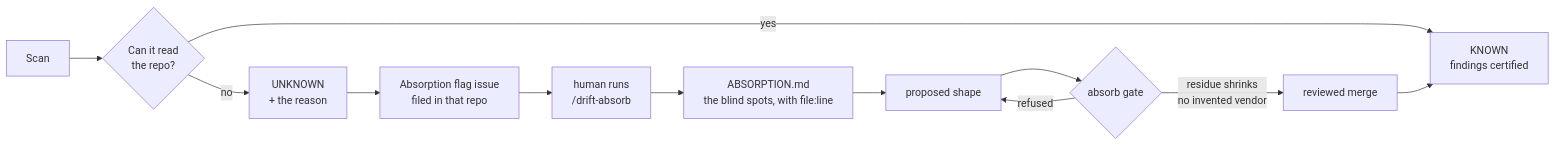
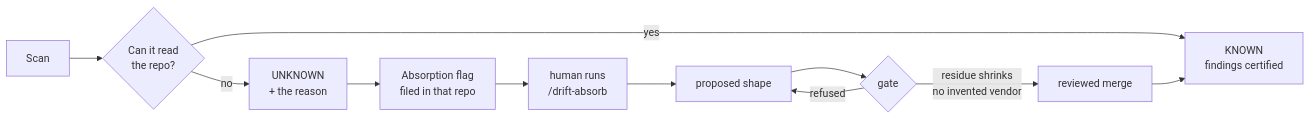
The second of 2 diagrams in docs/FAQ.md (TOPSinfo/drift-detector-scan), drawn with Mermaid before and after one commit. The commit also changed other lines of this file and 2 other files, not shown here.

````diff
--- a/docs/FAQ.md
+++ b/docs/FAQ.md
@@ -92,14 +138,13 @@
 ```mermaid
 flowchart LR
     S[Scan] --> V{Can it read<br/>the repo?}
     V -->|yes| K[KNOWN<br/>findings certified]
     V -->|no| U[UNKNOWN<br/>+ the reason]
-    U --> F[Absorption flag issue<br/>filed in that repo]
+    U --> F[Absorption flag<br/>filed in that repo]
     F --> H[human runs<br/>/drift-absorb]
-    H --> B[ABSORPTION.md<br/>the blind spots, with file:line]
-    B --> P[proposed shape]
-    P --> G{absorb gate}
+    H --> P[proposed shape]
+    P --> G{gate}
     G -->|residue shrinks<br/>no invented vendor| M[reviewed merge]
     G -->|refused| P
     M --> K
 ```
````
